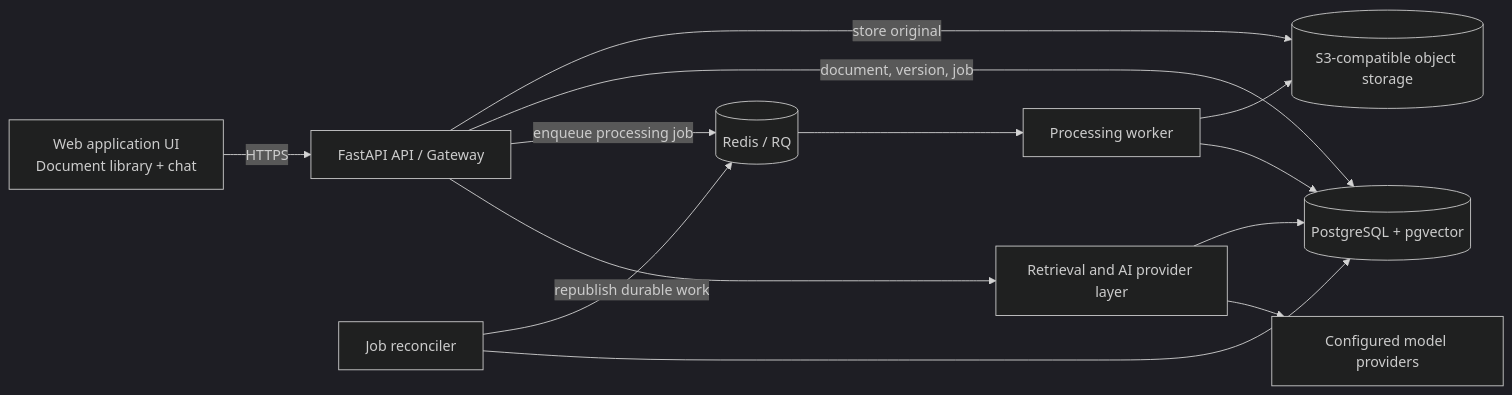
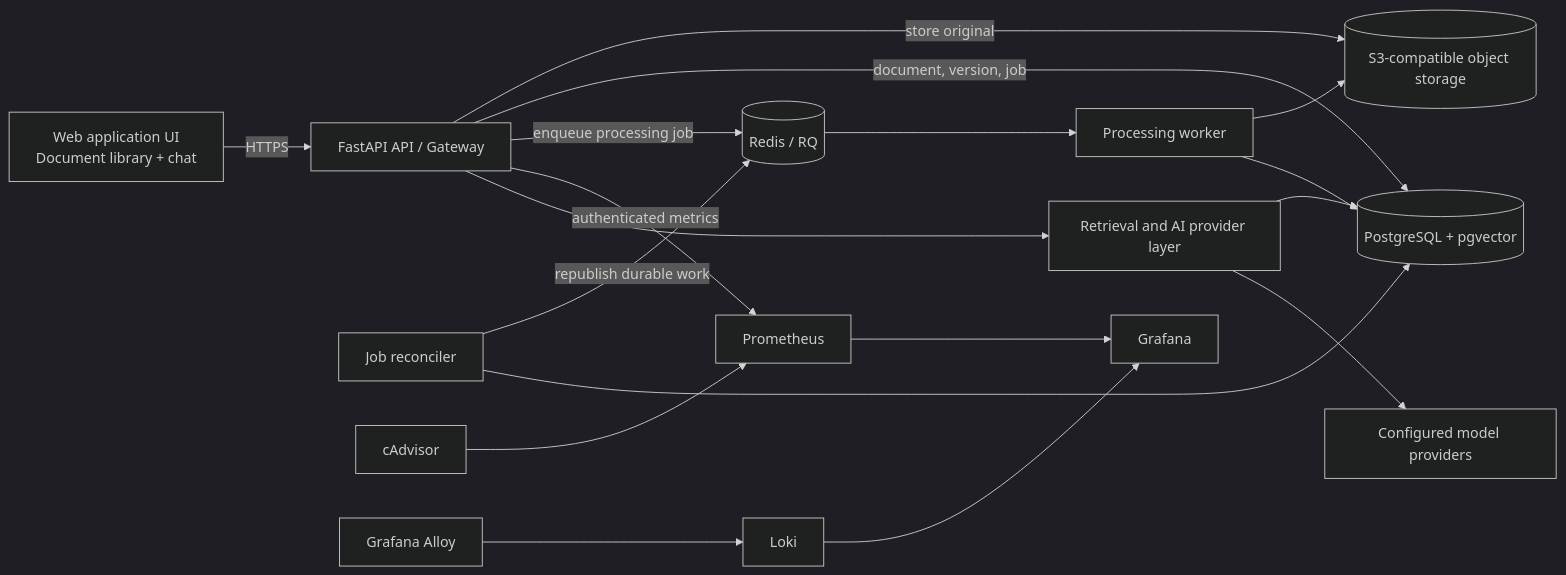
Before and after one commit to dpogarcic/document_insight: the diagram in docs/ARCHITECTURE.md, drawn with Mermaid (dark theme). The commit also changed other lines of this file and 16 other files, not shown here.

Commit message:
feat: add local Prometheus, Grafana, Loki, and cAdvisor stack

````diff
--- a/docs/ARCHITECTURE.md
+++ b/docs/ARCHITECTURE.md
@@ -14,15 +14,20 @@
 ```mermaid
 flowchart LR
     UI[Web application UI\nDocument library + chat] -->|HTTPS| API[FastAPI API / Gateway]
     API -->|store original| OBJ[(S3-compatible object storage)]
     API -->|document, version, job| DB[(PostgreSQL + pgvector)]
     API -->|enqueue processing job| Q[(Redis / RQ)]
     Q --> W[Processing worker]
     RC[Job reconciler] -->|republish durable work| Q
     RC --> DB
+    API -->|authenticated metrics| PM[Prometheus]
+    CA[cAdvisor] --> PM
+    AL[Grafana Alloy] --> LK[Loki]
+    PM --> GF[Grafana]
+    LK --> GF
     W --> OBJ
     W --> DB
     API --> R[Retrieval and AI provider layer]
     R --> DB
     R --> M[Configured model providers]
 ```
````
